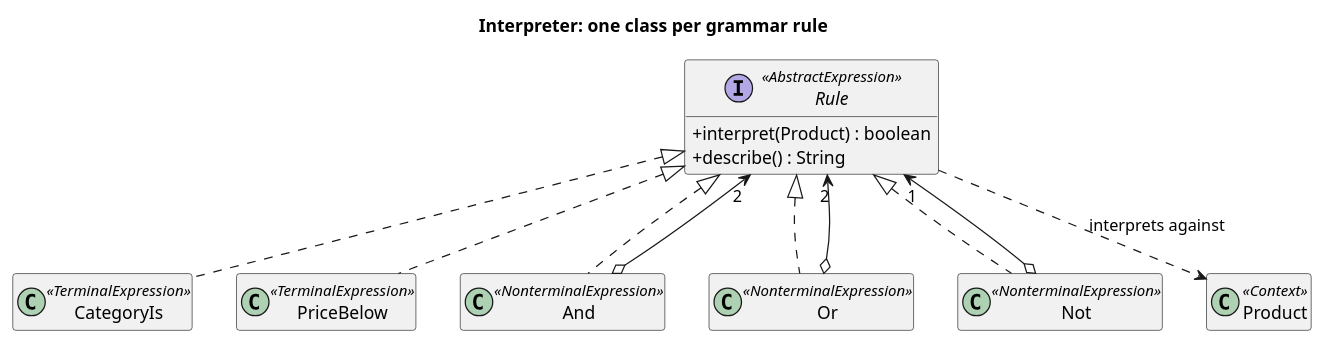
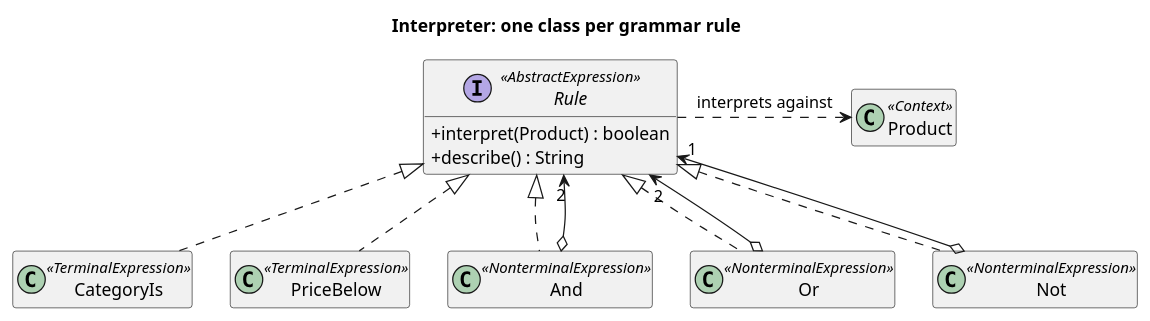
One commit to kaldiroglu/DesignPatternsWithJava changed the diagram in src/main/java/dev/kaldiroglu/dp/behavioral/visitor/interpreter/uml/Visitor - Interpreter Rules - Class Diagram.puml. Above: the diagram before and after it, drawn with PlantUML. The commit also changed 58 other files, not shown here.

Commit message:
Behavioral diagrams: each parent above and centered over its children, on one row, with straight lines; traffic CD.png shows the current design

```diff
--- a/src/main/java/dev/kaldiroglu/dp/behavioral/visitor/interpreter/uml/Visitor - Interpreter Rules - Class Diagram.puml
+++ b/src/main/java/dev/kaldiroglu/dp/behavioral/visitor/interpreter/uml/Visitor - Interpreter Rules - Class Diagram.puml
@@ -1,24 +1,26 @@
 @startuml "Visitor - Interpreter Rules - Class Diagram"
+skinparam linetype polyline
+skinparam nodesep 30
 skinparam classAttributeIconSize 0
 hide empty members
 title Interpreter: one class per grammar rule
 interface Rule <<AbstractExpression>> {
   + interpret(Product) : boolean
   + describe() : String
 }
 class CategoryIs <<TerminalExpression>>
 class PriceBelow <<TerminalExpression>>
 class And <<NonterminalExpression>>
 class Or <<NonterminalExpression>>
 class Not <<NonterminalExpression>>
 class Product <<Context>>
 Rule <|.. CategoryIs
 Rule <|.. PriceBelow
 Rule <|.. And
 Rule <|.. Or
 Rule <|.. Not
-And o--> "2" Rule
-Or o--> "2" Rule
-Not o--> "1" Rule
-Rule ..> Product : interprets against
+And o-[norank]-> "2" Rule
+Or o-[norank]-> "2" Rule
+Not o-[norank]-> "1" Rule
+Rule .[norank].> Product : interprets against
 @enduml
```
